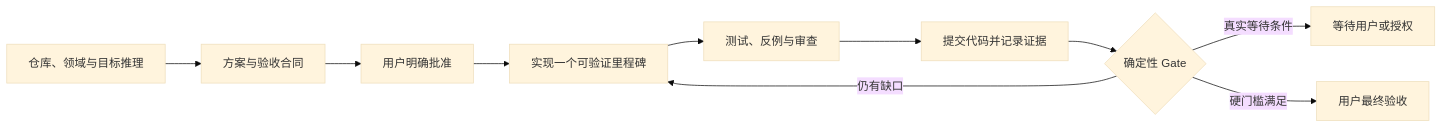
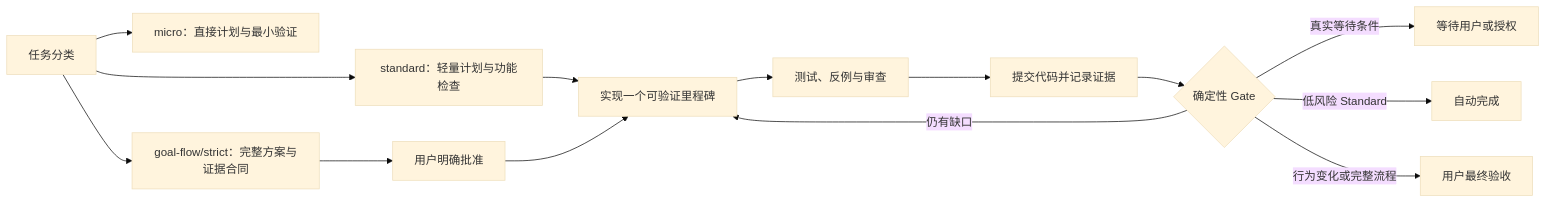
One commit to sd007/longtask-harness changed the diagram in README.md. Above: the diagram before and after it, drawn with Mermaid (base theme). The commit also changed other lines of this file and 11 other files, not shown here.

````diff
--- a/README.md
+++ b/README.md
@@ -12,12 +12,16 @@
 ```mermaid
 flowchart LR
-    A["仓库、领域与目标推理"] --> B["方案与验收合同"]
-    B --> C0["用户明确批准"]
-    C0 --> C["实现一个可验证里程碑"]
+    A["任务分类"] --> M["micro：直接计划与最小验证"]
+    A --> S["standard：轻量计划与功能检查"]
+    A --> F0["goal-flow/strict：完整方案与证据合同"]
+    S --> C["实现一个可验证里程碑"]
+    F0 --> C0["用户明确批准"]
+    C0 --> C
     C --> D["测试、反例与审查"]
     D --> E["提交代码并记录证据"]
-    E --> F{"确定性 Gate"}
-    F -->|"仍有缺口"| C
-    F -->|"真实等待条件"| G["等待用户或授权"]
-    F -->|"硬门槛满足"| H["用户最终验收"]
+    E --> G{"确定性 Gate"}
+    G -->|"仍有缺口"| C
+    G -->|"真实等待条件"| W["等待用户或授权"]
+    G -->|"低风险 Standard"| H0["自动完成"]
+    G -->|"行为变化或完整流程"| H["用户最终验收"]
 ```
````
